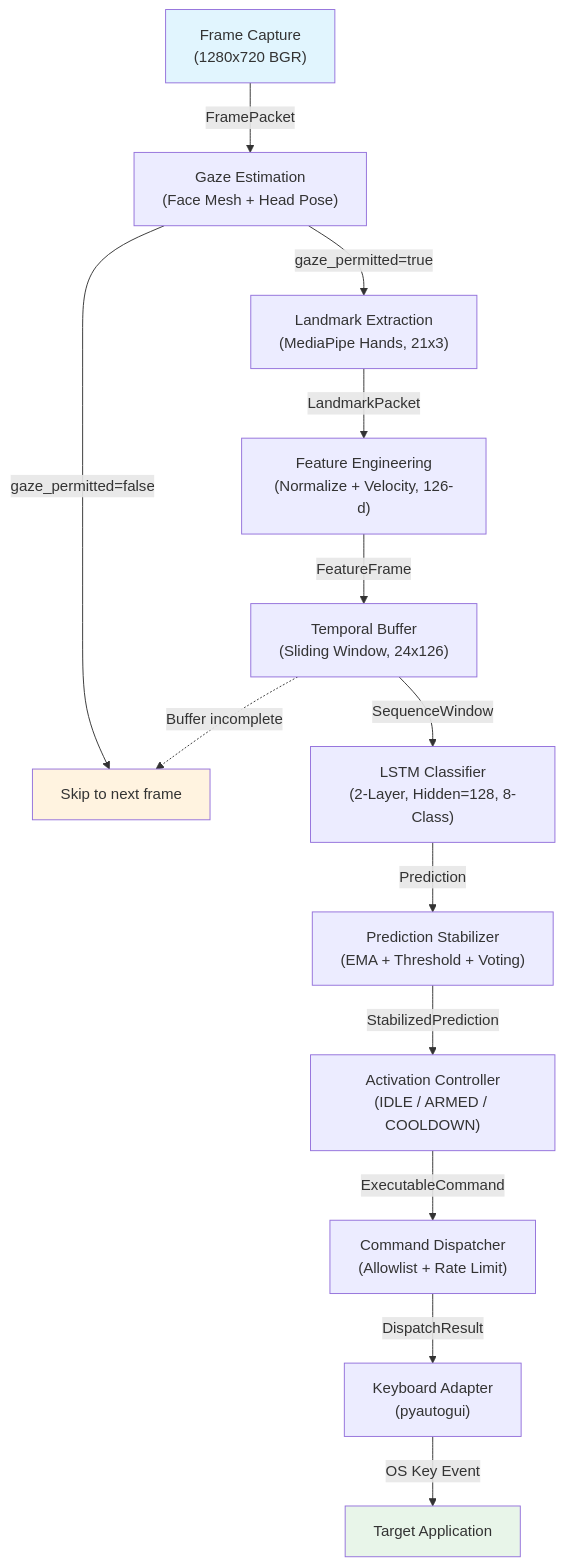
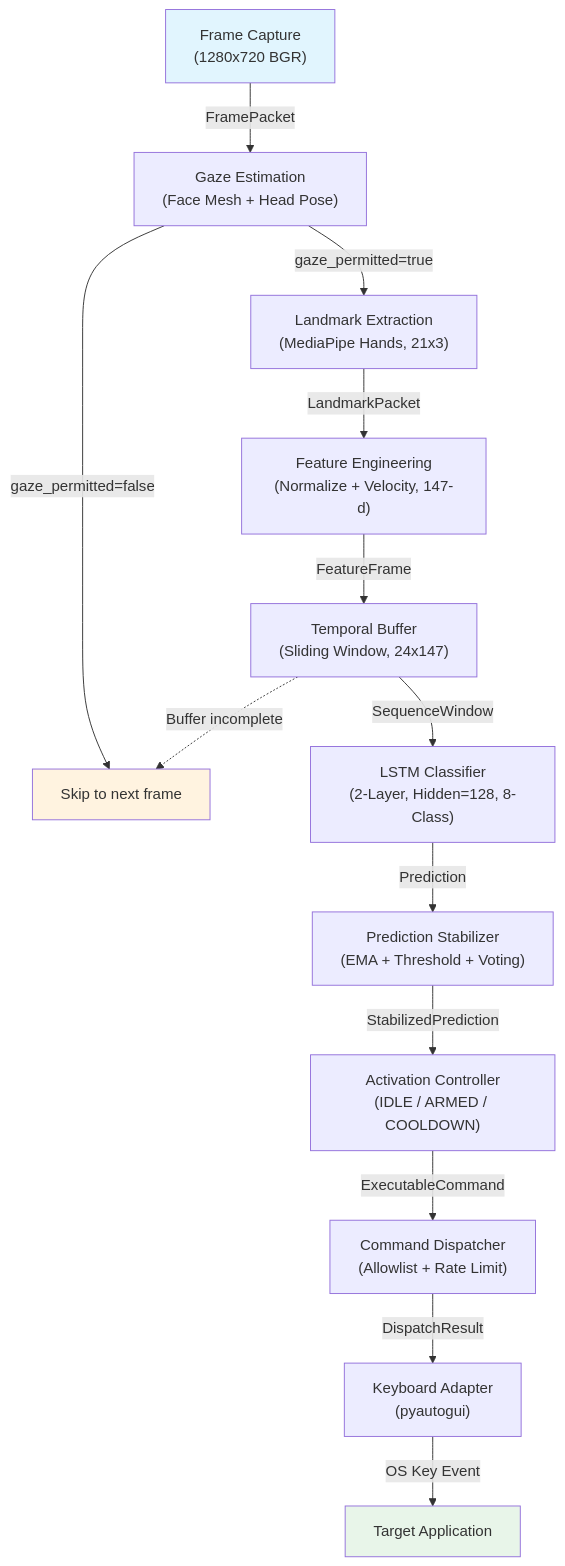
The first of 2 diagrams in docs/architecture/data-flow.md (ntsrigaud/Maestro), drawn with Mermaid before and after one commit. The commit also changed other lines of this file and 2 other files, not shown here.

First line of the commit message:
docs: update architecture docs for 147-dim feature schema v5

````diff
--- a/docs/architecture/data-flow.md
+++ b/docs/architecture/data-flow.md
@@ -9,20 +9,20 @@
 ```mermaid
 graph TD
     A["Frame Capture<br/>(1280x720 BGR)"] -->|FramePacket| B["Gaze Estimation<br/>(Face Mesh + Head Pose)"]
     B -->|gaze_permitted=false| Z["Skip to next frame"]
     B -->|gaze_permitted=true| C["Landmark Extraction<br/>(MediaPipe Hands, 21x3)"]
-    C -->|LandmarkPacket| D["Feature Engineering<br/>(Normalize + Velocity, 126-d)"]
-    D -->|FeatureFrame| E["Temporal Buffer<br/>(Sliding Window, 24x126)"]
+    C -->|LandmarkPacket| D["Feature Engineering<br/>(Normalize + Velocity, 147-d)"]
+    D -->|FeatureFrame| E["Temporal Buffer<br/>(Sliding Window, 24x147)"]
     E -->|SequenceWindow| F["LSTM Classifier<br/>(2-Layer, Hidden=128, 8-Class)"]
     F -->|Prediction| G["Prediction Stabilizer<br/>(EMA + Threshold + Voting)"]
     G -->|StabilizedPrediction| H["Activation Controller<br/>(IDLE / ARMED / COOLDOWN)"]
     H -->|ExecutableCommand| I["Command Dispatcher<br/>(Allowlist + Rate Limit)"]
     I -->|DispatchResult| J["Keyboard Adapter<br/>(pyautogui)"]
     J -->|OS Key Event| K["Target Application"]
 
     E -.->|Buffer incomplete| Z
 
     style A fill:#e1f5fe
     style K fill:#e8f5e9
     style Z fill:#fff3e0
 ```
````
